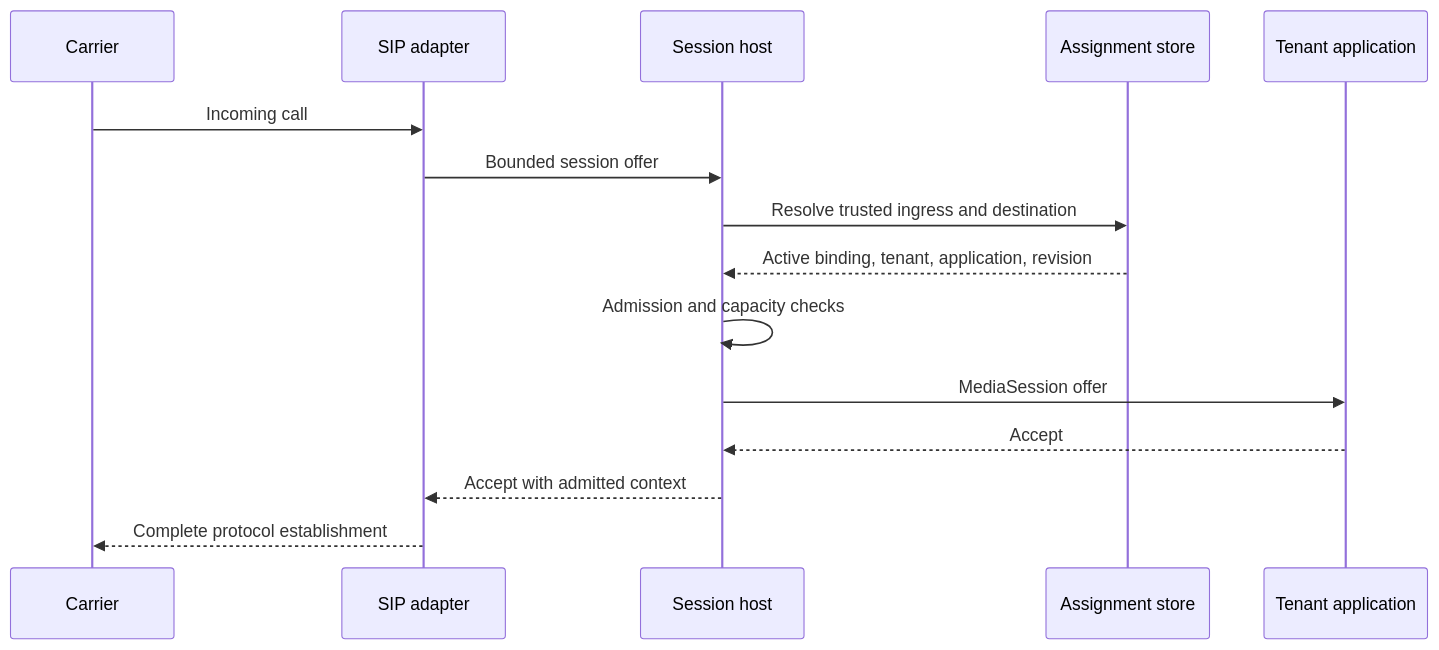
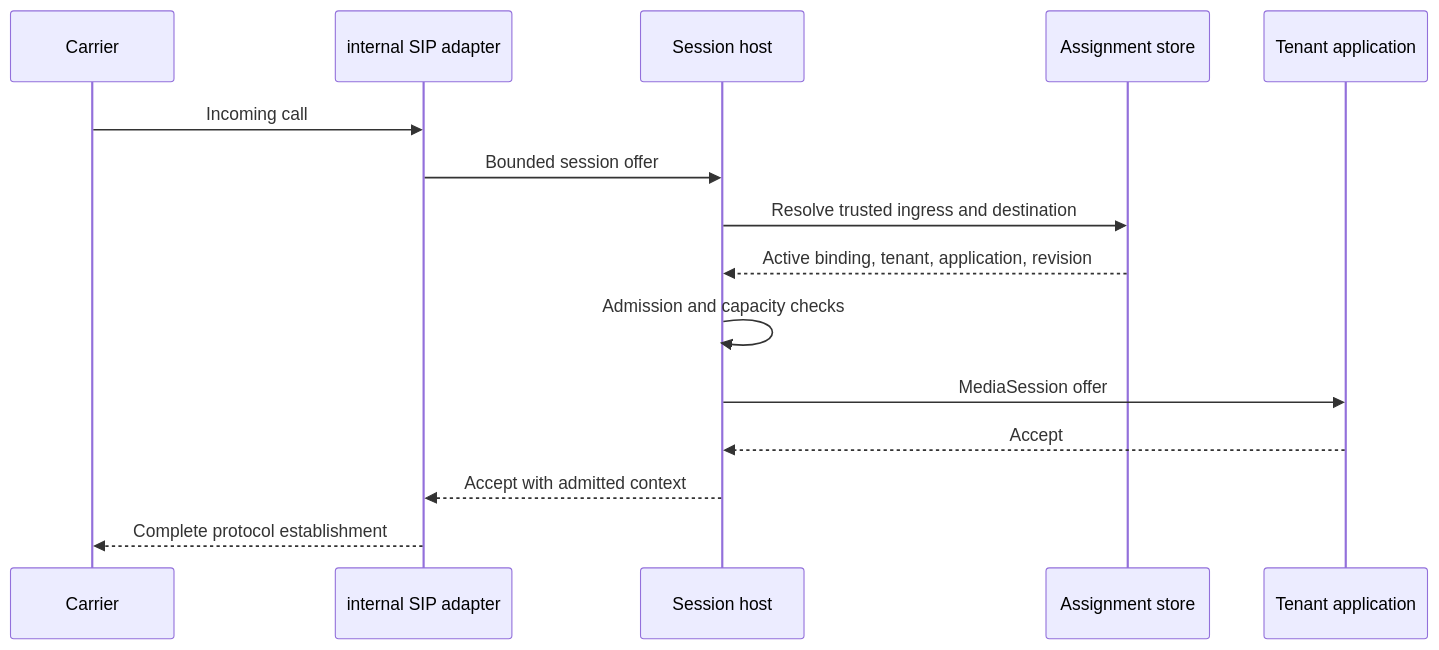
Before and after one commit to beyond10x/connectors: the second of 3 diagrams in docs/design.md, drawn with Mermaid. The commit also changed other lines of this file and 11 other files, not shown here.

````diff
--- a/docs/design.md
+++ b/docs/design.md
@@ -698,17 +701,17 @@
 ```mermaid
 sequenceDiagram
     participant Carrier
-    participant SIP as SIP adapter
+    participant SIP as internal SIP adapter
     participant Host as Session host
     participant Store as Assignment store
     participant App as Tenant application
     Carrier->>SIP: Incoming call
     SIP->>Host: Bounded session offer
     Host->>Store: Resolve trusted ingress and destination
     Store-->>Host: Active binding, tenant, application, revision
     Host->>Host: Admission and capacity checks
     Host->>App: MediaSession offer
     App-->>Host: Accept
     Host-->>SIP: Accept with admitted context
     SIP-->>Carrier: Complete protocol establishment
 ```
````
